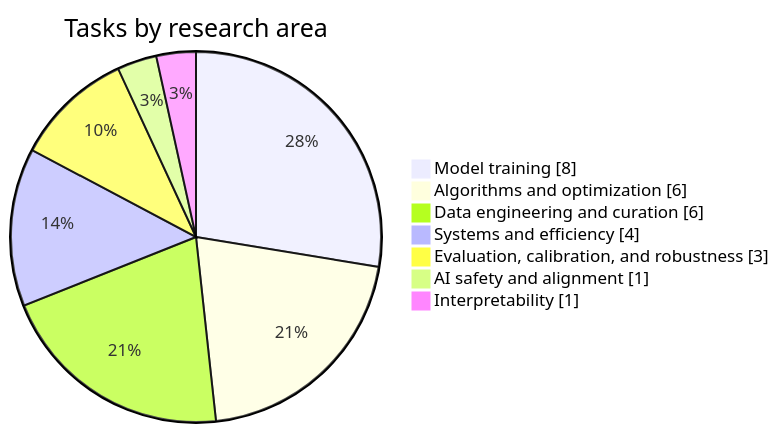
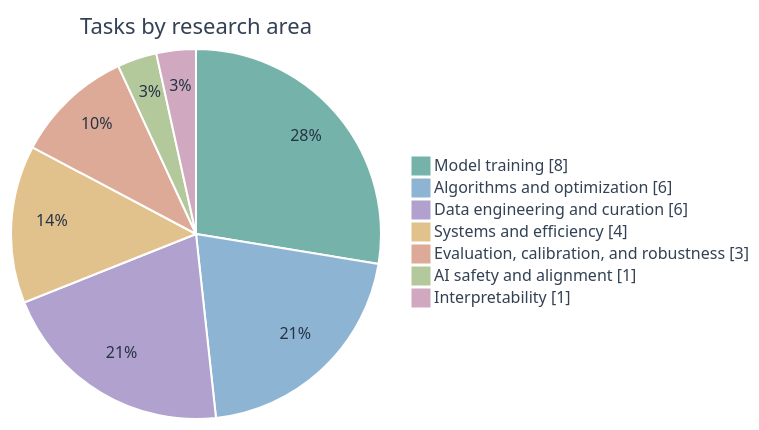
One commit to bespokelabsai/AutoResearchExam changed the diagram in README.md. Above: the diagram before and after it, drawn with Mermaid.

Commit message:
Style the interactive task area pie chart

````diff
--- a/README.md
+++ b/README.md
@@ -10,11 +10,36 @@
 ```mermaid
+---
+config:
+  theme: base
+  themeVariables:
+    fontFamily: 'Arial, Helvetica, sans-serif'
+    pie1: '#75B3AA'
+    pie2: '#8EB4D4'
+    pie3: '#B0A1CE'
+    pie4: '#E2C28C'
+    pie5: '#DEAA98'
+    pie6: '#B3C99C'
+    pie7: '#D0A9C1'
+    pieOpacity: 1
+    pieStrokeColor: '#FFFFFF'
+    pieStrokeWidth: '2px'
+    pieOuterStrokeWidth: '0px'
+    pieTitleTextSize: '22px'
+    pieTitleTextColor: '#334155'
+    pieSectionTextSize: '16px'
+    pieSectionTextColor: '#253445'
+    pieLegendTextSize: '16px'
+    pieLegendTextColor: '#334155'
+  pie:
+    textPosition: 0.78
+---
 pie showData
     title Tasks by research area
     "Model training" : 8
     "Algorithms and optimization" : 6
     "Data engineering and curation" : 6
     "Systems and efficiency" : 4
     "Evaluation, calibration, and robustness" : 3
     "AI safety and alignment" : 1
     "Interpretability" : 1
 ```
````
